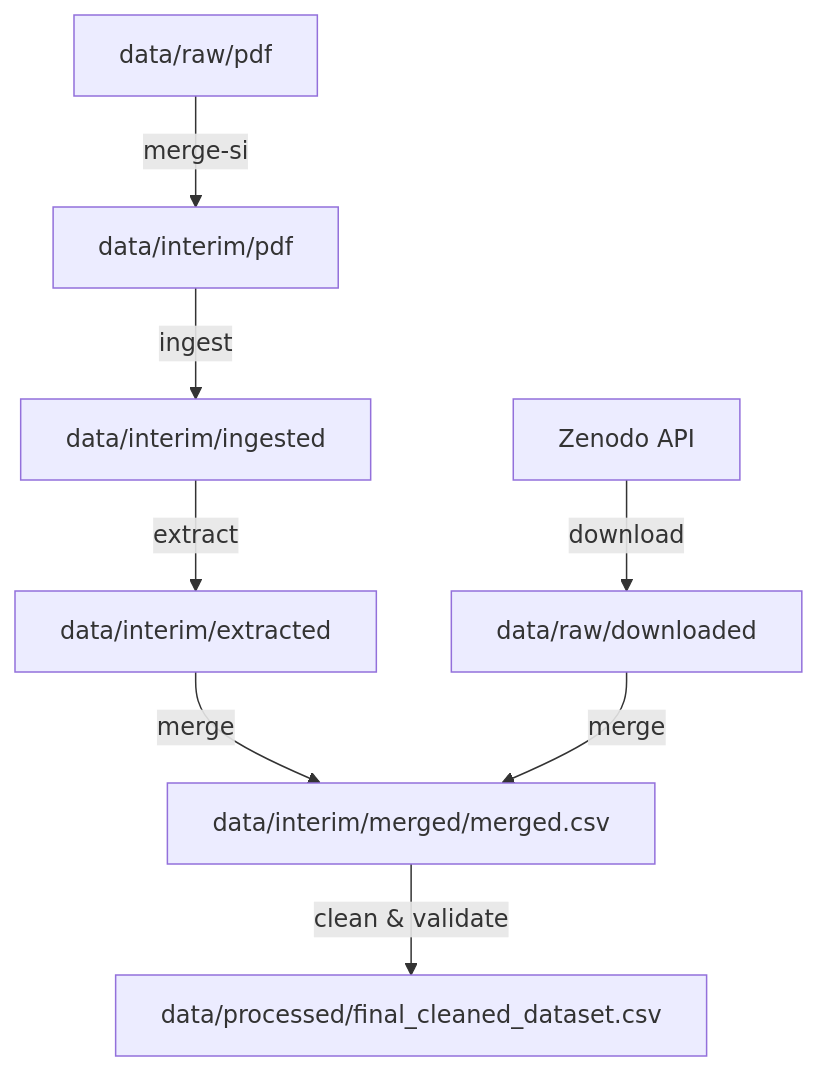
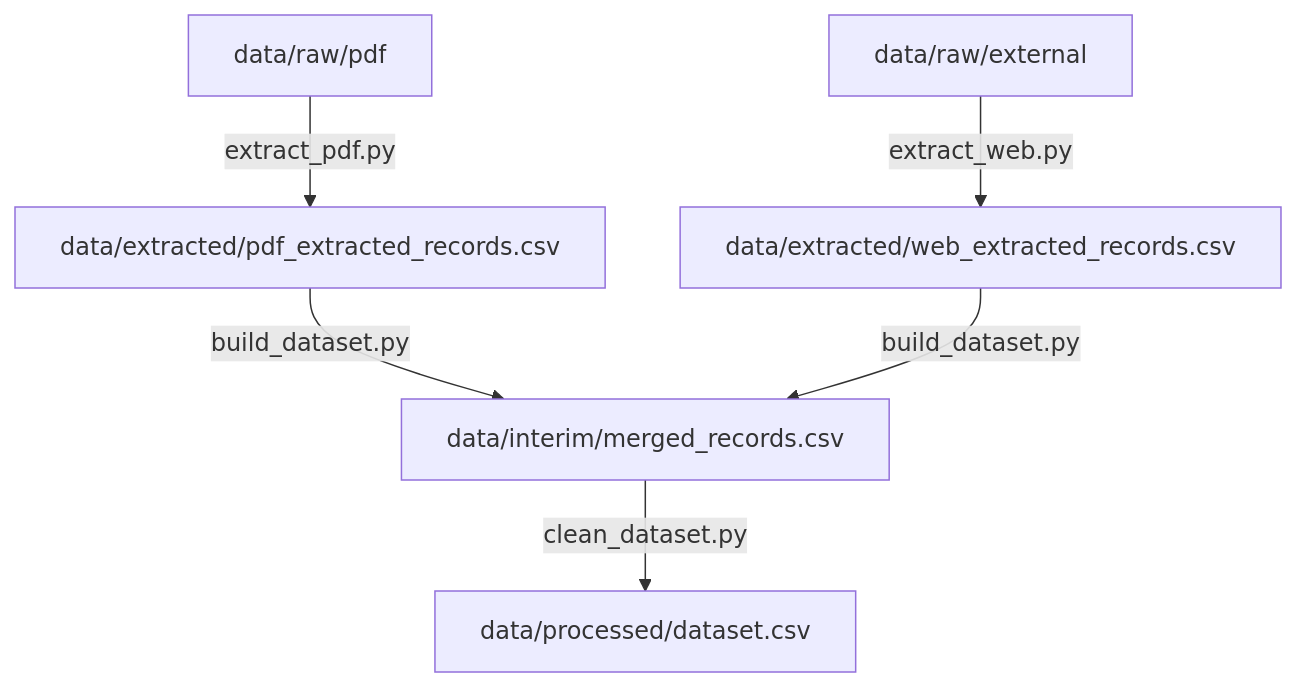
The diagram in README.md (chem-data-extraction/photocatalytic-degradation-of-organic-dyes), drawn with Mermaid before and after one commit. The commit also changed other lines of this file and 16 other files, not shown here.

````diff
--- a/README.md
+++ b/README.md
@@ -61,10 +68,8 @@
 ```mermaid
 graph TD
-    A[data/raw/pdf] -->|merge-si| B[data/interim/pdf]
-    B -->|ingest| C[data/interim/ingested]
-    C -->|extract| D[data/interim/extracted]
-    E[Zenodo API] -->|download| F[data/raw/downloaded]
-    D -->|merge| G[data/interim/merged/merged.csv]
-    F -->|merge| G
-    G -->|clean & validate| H[data/processed/final_cleaned_dataset.csv]
+    A[data/raw/pdf] -->|extract_pdf.py| B[data/extracted/pdf_extracted_records.csv]
+    C[data/raw/external] -->|extract_web.py| D[data/extracted/web_extracted_records.csv]
+    B -->|build_dataset.py| E[data/interim/merged_records.csv]
+    D -->|build_dataset.py| E
+    E -->|clean_dataset.py| F[data/processed/dataset.csv]
 ```
````
